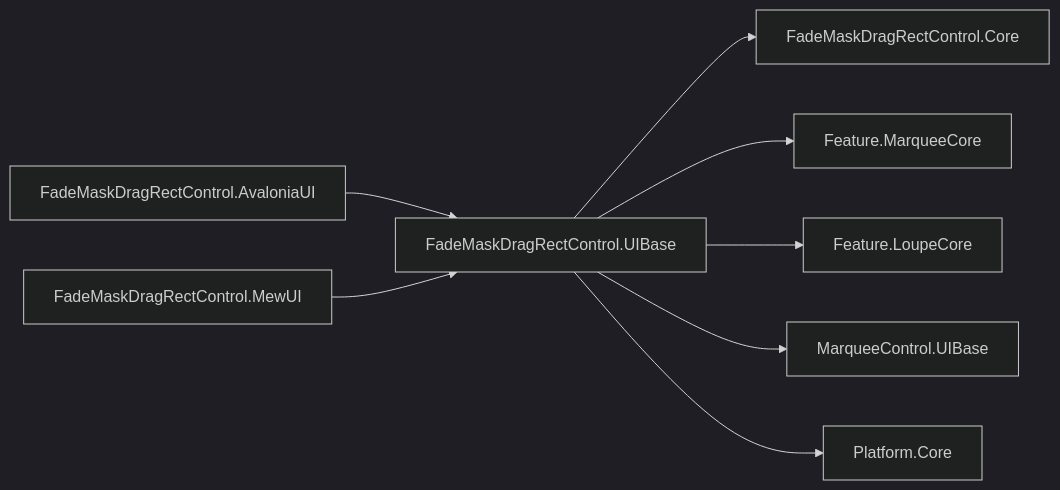
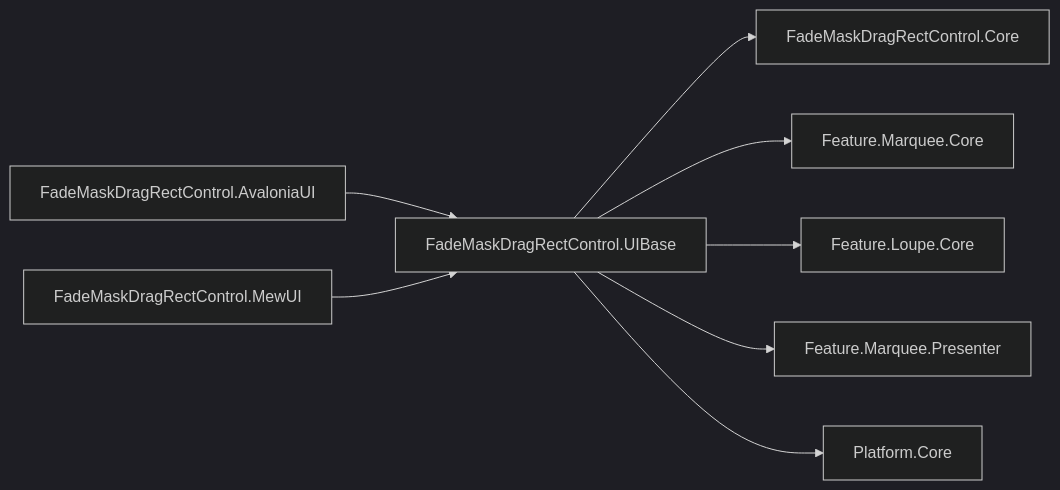
The first of 5 diagrams in src/FadeMaskDragRectControl.UIBase/SPEC_System.md (tomokuni/SaveEvidence), drawn with Mermaid (dark theme) before and after one commit. The commit also changed other lines of this file and 334 other files, not shown here.

````diff
--- a/src/FadeMaskDragRectControl.UIBase/SPEC_System.md
+++ b/src/FadeMaskDragRectControl.UIBase/SPEC_System.md
@@ -26,10 +26,10 @@
 ```mermaid
 graph LR
   A[FadeMaskDragRectControl.AvaloniaUI] --> U[FadeMaskDragRectControl.UIBase]
   B[FadeMaskDragRectControl.MewUI] --> U
   U --> C[FadeMaskDragRectControl.Core]
-  U --> M[Feature.MarqueeCore]
-  U --> L[Feature.LoupeCore]
-  U --> H[MarqueeControl.UIBase]
+  U --> M[Feature.Marquee.Core]
+  U --> L[Feature.Loupe.Core]
+  U --> H[Feature.Marquee.Presenter]
   U --> P[Platform.Core]
 ```
````
